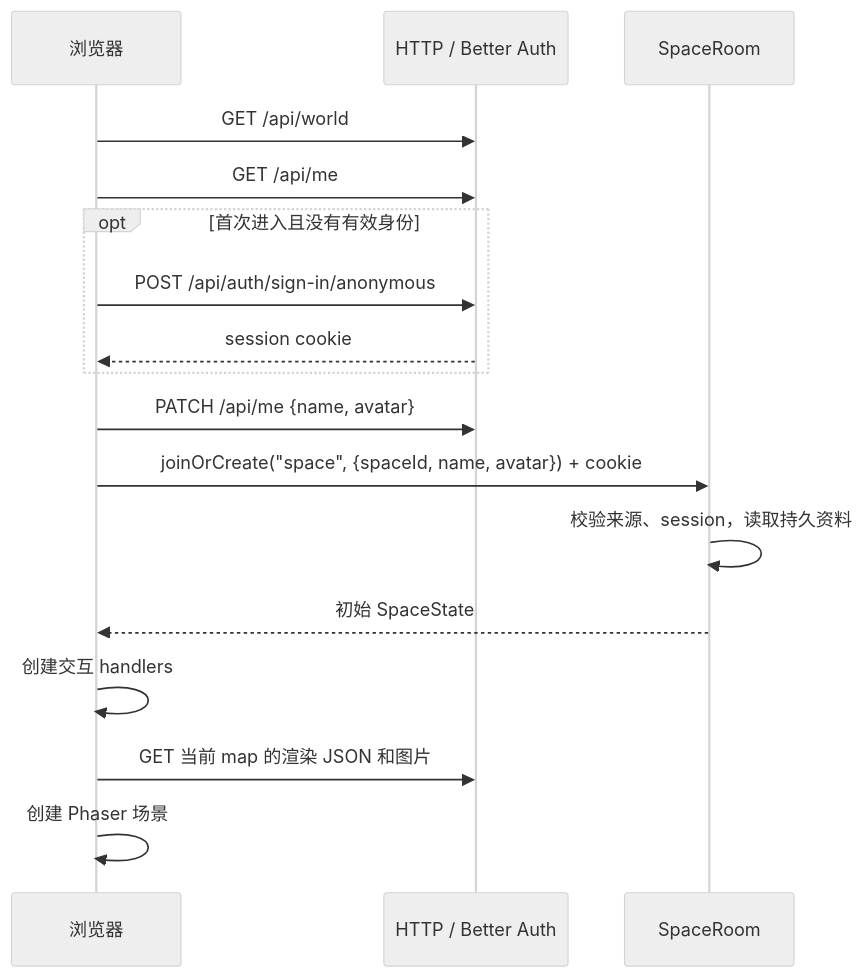
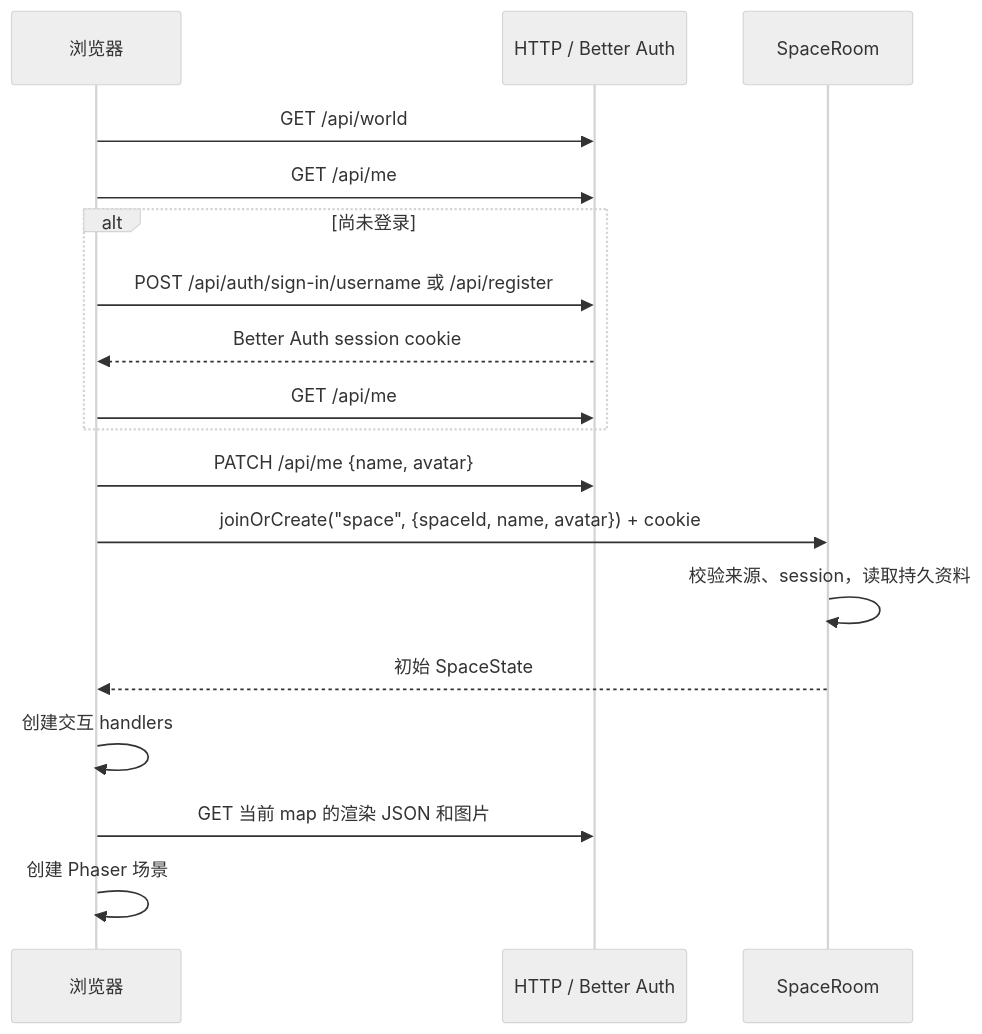
The second of 2 diagrams in docs/architecture.md (CarbonC39/Impartation), drawn with Mermaid (neutral theme) before and after one commit. The commit also changed other lines of this file and 17 other files, not shown here.

````diff
--- a/docs/architecture.md
+++ b/docs/architecture.md
@@ -62,19 +62,20 @@
 ```mermaid
 sequenceDiagram
     participant UI as 浏览器
     participant API as HTTP / Better Auth
     participant Room as SpaceRoom
     UI->>API: GET /api/world
     UI->>API: GET /api/me
-    opt 首次进入且没有有效身份
-        UI->>API: POST /api/auth/sign-in/anonymous
-        API-->>UI: session cookie
+    alt 尚未登录
+        UI->>API: POST /api/auth/sign-in/username 或 /api/register
+        API-->>UI: Better Auth session cookie
+        UI->>API: GET /api/me
     end
     UI->>API: PATCH /api/me {name, avatar}
     UI->>Room: joinOrCreate("space", {spaceId, name, avatar}) + cookie
     Room->>Room: 校验来源、session，读取持久资料
     Room-->>UI: 初始 SpaceState
     UI->>UI: 创建交互 handlers
     UI->>API: GET 当前 map 的渲染 JSON 和图片
     UI->>UI: 创建 Phaser 场景
 ```
````
